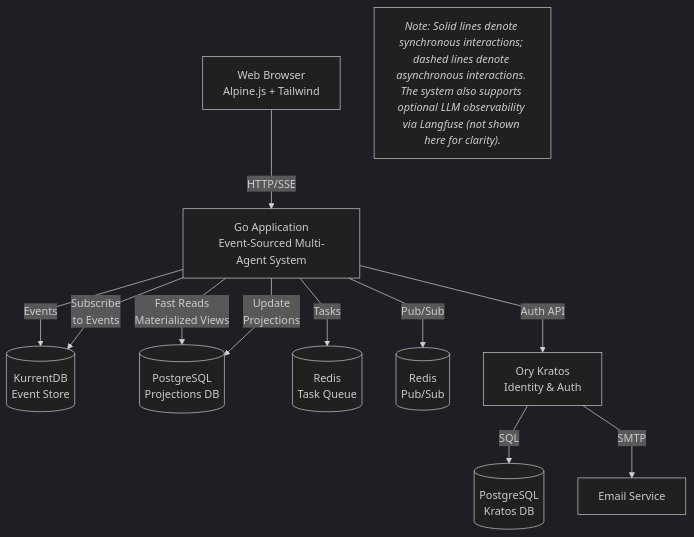
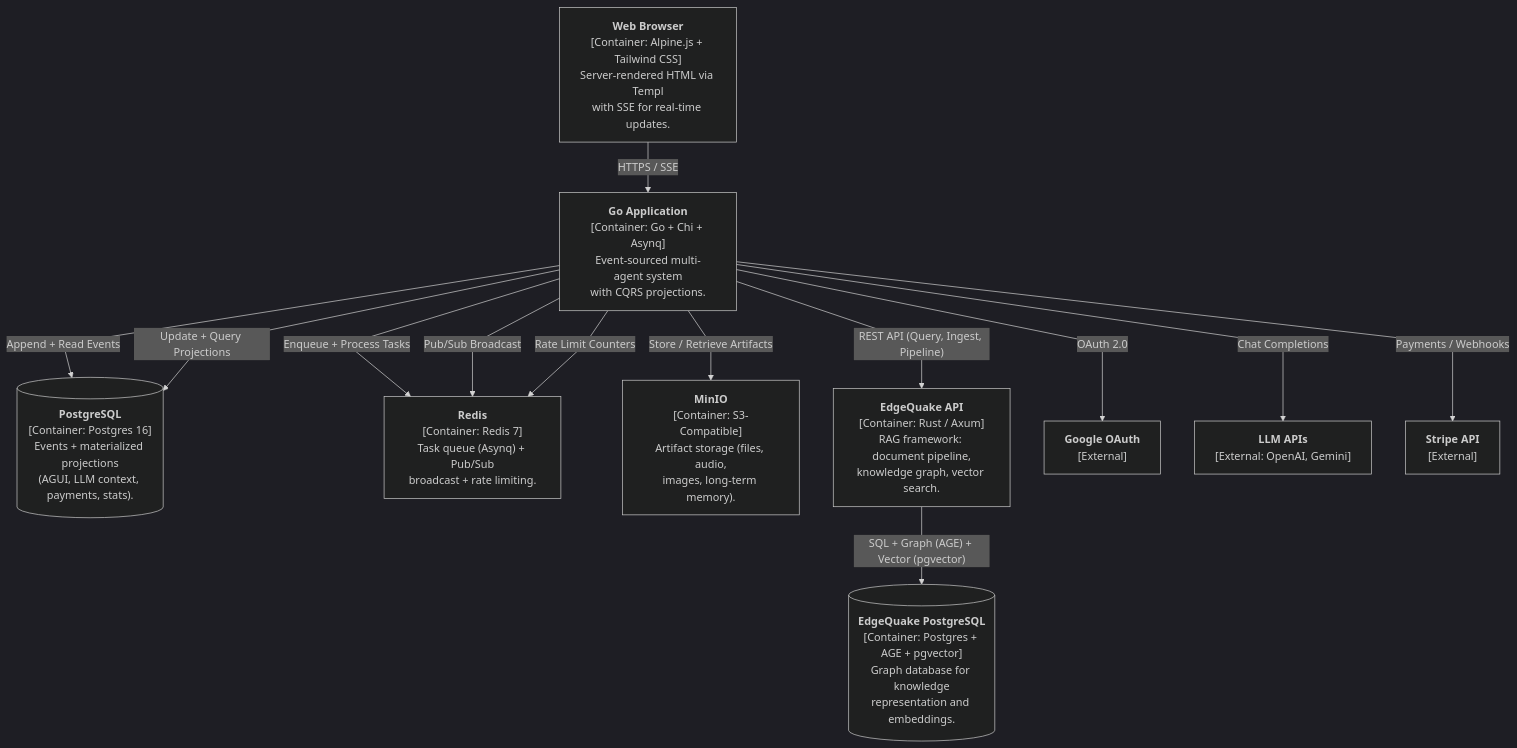
Before and after one commit to MKAPersonalOrganization/AgenticWorkflowPlatform: the second of 3 diagrams in README.md, drawn with Mermaid (dark theme). The commit also changed other lines of this file and 1 other file, not shown here.

````diff
--- a/README.md
+++ b/README.md
@@ -13,30 +36,34 @@
 ```mermaid
 %%{init: {'flowchart': {'curve': 'linear'}}}%%
 graph TB
-    Browser[Web Browser<br/>Alpine.js + Tailwind]
+    Browser["<b>Web Browser</b><br/>[Container: Alpine.js + Tailwind CSS]<br/>Server-rendered HTML via Templ<br/>with SSE for real-time updates."]
 
-    GoApp[Go Application<br/>Event-Sourced Multi-Agent System]
+    GoApp["<b>Go Application</b><br/>[Container: Go + Chi + Asynq]<br/>Event-sourced multi-agent system<br/>with CQRS projections."]
 
-    KurrentDB[(KurrentDB<br/>Event Store)]
-    AppPostgres[(PostgreSQL<br/>Projections DB)]
-    RedisTQ[(Redis<br/>Task Queue)]
-    RedisPS[(Redis<br/>Pub/Sub)]
-    Kratos[Ory Kratos<br/>Identity & Auth]
-    Postgres[(PostgreSQL<br/>Kratos DB)]
+    AppPostgres[("<b>PostgreSQL</b><br/>[Container: Postgres 16]<br/>Events + materialized projections<br/>(AGUI, LLM context, payments, stats).")]
 
-    EmailService[Email Service]
+    Redis["<b>Redis</b><br/>[Container: Redis 7]<br/>Task queue (Asynq) + Pub/Sub<br/>broadcast + rate limiting."]
 
-    Browser -->|HTTP/SSE| GoApp
-    GoApp -->|Events| KurrentDB
-    GoApp -->|Subscribe<br/>to Events| KurrentDB
-    GoApp -->|Fast Reads<br/>Materialized Views| AppPostgres
-    GoApp -->|Update<br/>Projections| AppPostgres
-    GoApp -->|Tasks| RedisTQ
-    GoApp -->|Pub/Sub| RedisPS
-    GoApp -->|Auth API| Kratos
+    MinIO["<b>MinIO</b><br/>[Container: S3-Compatible]<br/>Artifact storage (files, audio,<br/>images, long-term memory)."]
 
-    Kratos -->|SQL| Postgres
-    Kratos -->|SMTP| EmailService
+    EdgeQuakeAPI["<b>EdgeQuake API</b><br/>[Container: Rust / Axum]<br/>RAG framework: document pipeline,<br/>knowledge graph, vector search."]
 
-    note["<i>Note: Solid lines denote synchronous interactions; dashed lines denote asynchronous interactions. The system also supports optional LLM observability via Langfuse (not shown here for clarity).</i>"]
+    EdgeQuakeDB[("<b>EdgeQuake PostgreSQL</b><br/>[Container: Postgres + AGE + pgvector]<br/>Graph database for knowledge<br/>representation and embeddings.")]
+
+    GoogleOAuth["<b>Google OAuth</b><br/>[External]"]
+    LLMAPIs["<b>LLM APIs</b><br/>[External: OpenAI, Gemini]"]
+    Stripe["<b>Stripe API</b><br/>[External]"]
+
+    Browser -->|"HTTPS / SSE"| GoApp
+    GoApp -->|"Append + Read Events"| AppPostgres
+    GoApp -->|"Update + Query Projections"| AppPostgres
+    GoApp -->|"Enqueue + Process Tasks"| Redis
+    GoApp -->|"Pub/Sub Broadcast"| Redis
+    GoApp -->|"Rate Limit Counters"| Redis
+    GoApp -->|"Store / Retrieve Artifacts"| MinIO
+    GoApp -->|"REST API (Query, Ingest, Pipeline)"| EdgeQuakeAPI
+    GoApp -->|"OAuth 2.0"| GoogleOAuth
+    GoApp -->|"Chat Completions"| LLMAPIs
+    GoApp -->|"Payments / Webhooks"| Stripe
+    EdgeQuakeAPI -->|"SQL + Graph (AGE) + Vector (pgvector)"| EdgeQuakeDB
 ```
````
